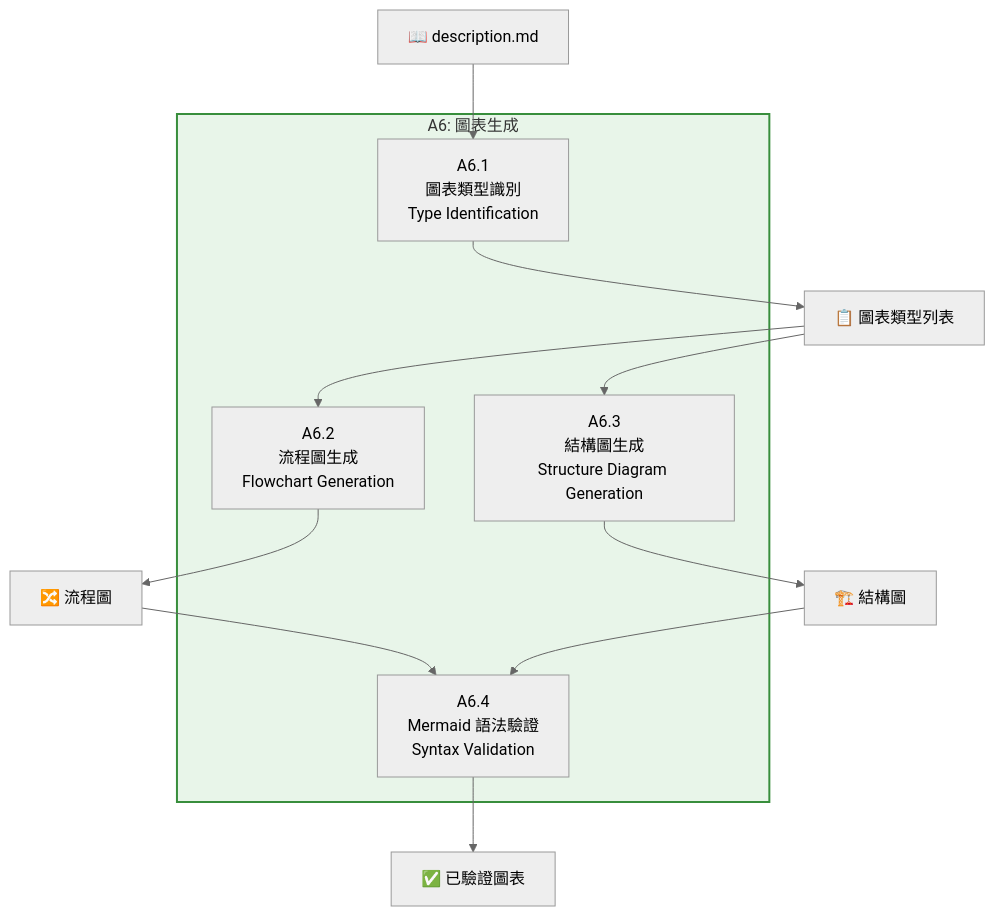
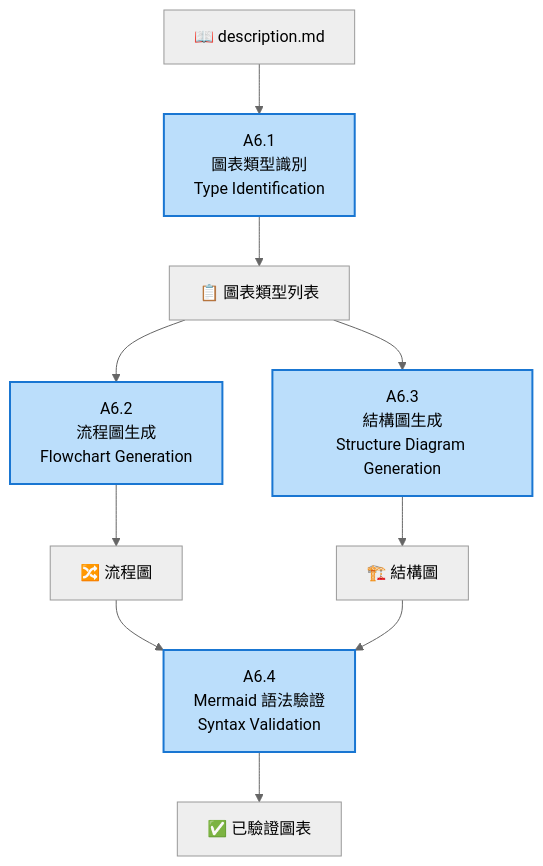
The second of 4 diagrams in docs/A6_Diagram_Generation_IDEF0.md (Raw1mage/PatentDrafter), drawn with Mermaid (neutral theme) before and after one commit. The commit also changed other lines of this file and 13 other files, not shown here.

First line of the commit message:
修復所有 Mermaid 圖表語法問題

````diff
--- a/docs/A6_Diagram_Generation_IDEF0.md
+++ b/docs/A6_Diagram_Generation_IDEF0.md
@@ -71,24 +62,25 @@
 ```mermaid
-graph TB
-    subgraph A6["A6: 圖表生成"]
-        A61["A6.1<br/>圖表類型識別<br/>Type Identification"]
-        A62["A6.2<br/>流程圖生成<br/>Flowchart Generation"]
-        A63["A6.3<br/>結構圖生成<br/>Structure Diagram Generation"]
-        A64["A6.4<br/>Mermaid 語法驗證<br/>Syntax Validation"]
-    end
+flowchart TB
+    A61["A6.1<br/>圖表類型識別<br/>Type Identification"]
+    A62["A6.2<br/>流程圖生成<br/>Flowchart Generation"]
+    A63["A6.3<br/>結構圖生成<br/>Structure Diagram Generation"]
+    A64["A6.4<br/>Mermaid 語法驗證<br/>Syntax Validation"]
 
     Input["📖 description.md"] --> A61
     A61 --> Types["📋 圖表類型列表"]
 
     Types --> A62
     A62 --> Flowcharts["🔀 流程圖"]
 
     Types --> A63
     A63 --> Structural["🏗️ 結構圖"]
 
     Flowcharts --> A64
     Structural --> A64
     A64 --> Validated["✅ 已驗證圖表"]
 
-    style A6 fill:#E8F5E9,stroke:#388E3C,stroke-width:2px
+    style A61 fill:#BBDEFB,stroke:#1976D2,stroke-width:2px
+    style A62 fill:#BBDEFB,stroke:#1976D2,stroke-width:2px
+    style A63 fill:#BBDEFB,stroke:#1976D2,stroke-width:2px
+    style A64 fill:#BBDEFB,stroke:#1976D2,stroke-width:2px
 ```
````
